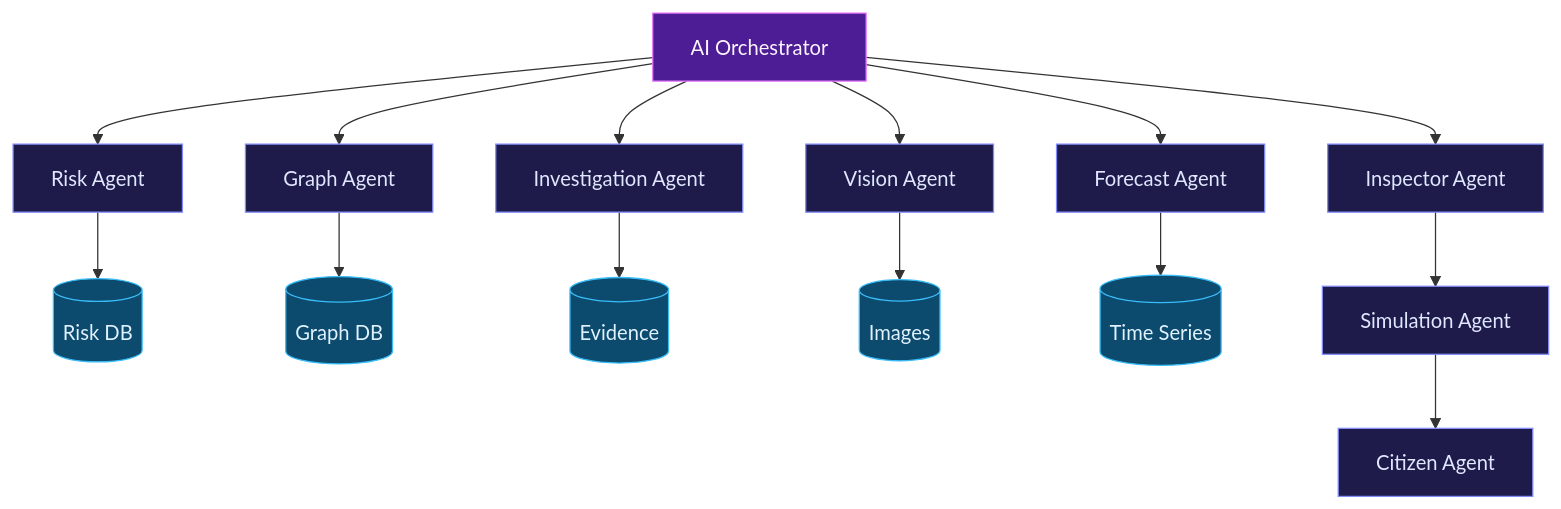
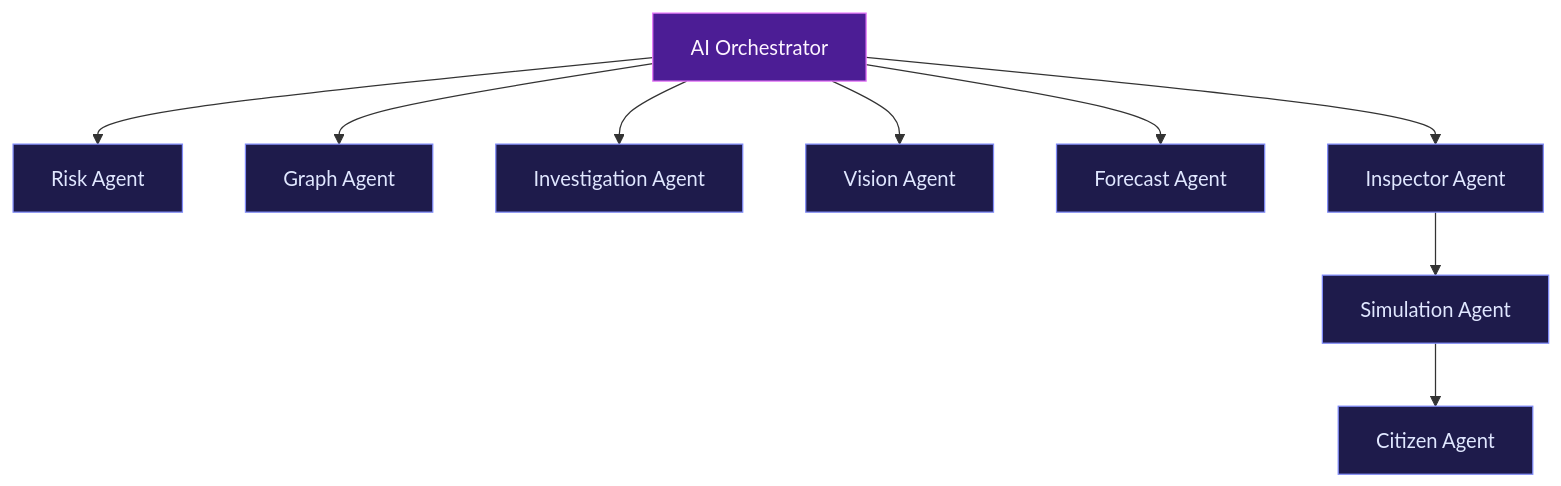
The seventh of 9 diagrams in README.md (codeejb/Foodguard), drawn with Mermaid before and after one commit. The commit also changed other lines of this file, not shown here.

````diff
--- a/README.md
+++ b/README.md
@@ -312,17 +307,17 @@
 ```mermaid
 flowchart TD
     O[AI Orchestrator]
-    O --> RA[Risk Agent] --> RDB[(Risk DB)]
-    O --> GA[Graph Agent] --> GDB[(Graph DB)]
-    O --> IA[Investigation Agent] --> EV[(Evidence)]
-    O --> VA[Vision Agent] --> IMG[(Images)]
-    O --> FA[Forecast Agent] --> TS[(Time Series)]
-    O --> InsA[Inspector Agent] --> SimA[Simulation Agent] --> CitA[Citizen Agent]
+    O --> RA[Risk Agent]
+    O --> GA[Graph Agent]
+    O --> IA[Investigation Agent]
+    O --> VA[Vision Agent]
+    O --> FA[Forecast Agent]
+    O --> InsA[Inspector Agent]
+    InsA --> SimA[Simulation Agent]
+    SimA --> CitA[Citizen Agent]
 
     classDef orch fill:#4c1d95,stroke:#e879f9,color:#fdf4ff
     classDef agent fill:#1e1b4b,stroke:#818cf8,color:#e0e7ff
-    classDef store fill:#0c4a6e,stroke:#38bdf8,color:#e0f2fe
     class O orch
     class RA,GA,IA,VA,FA,InsA,SimA,CitA agent
-    class RDB,GDB,EV,IMG,TS store
 ```
````
